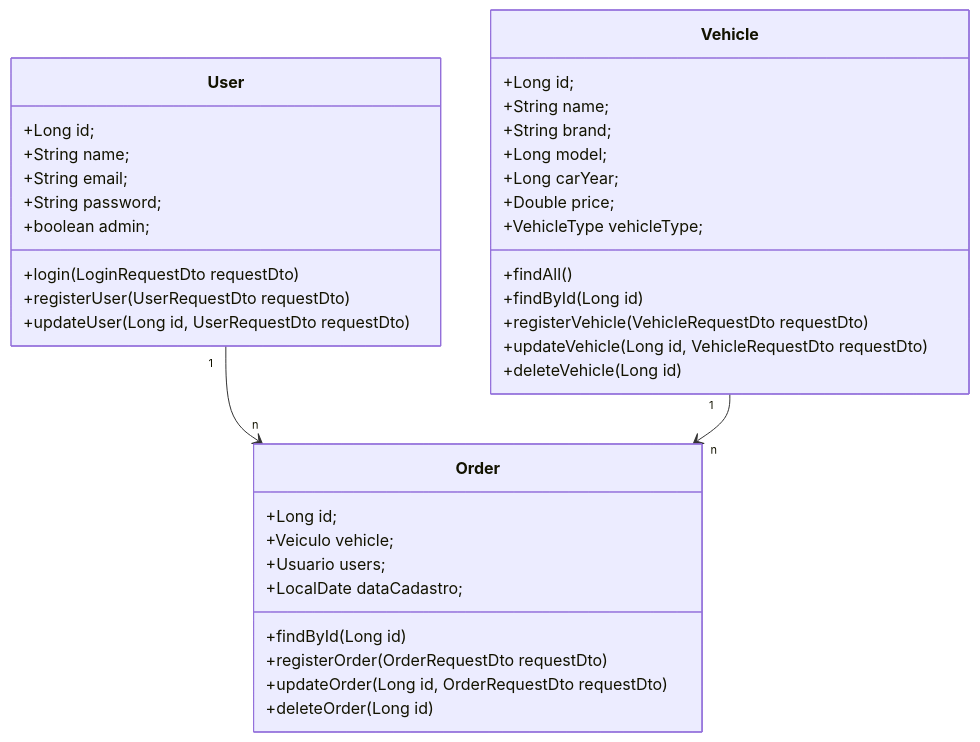
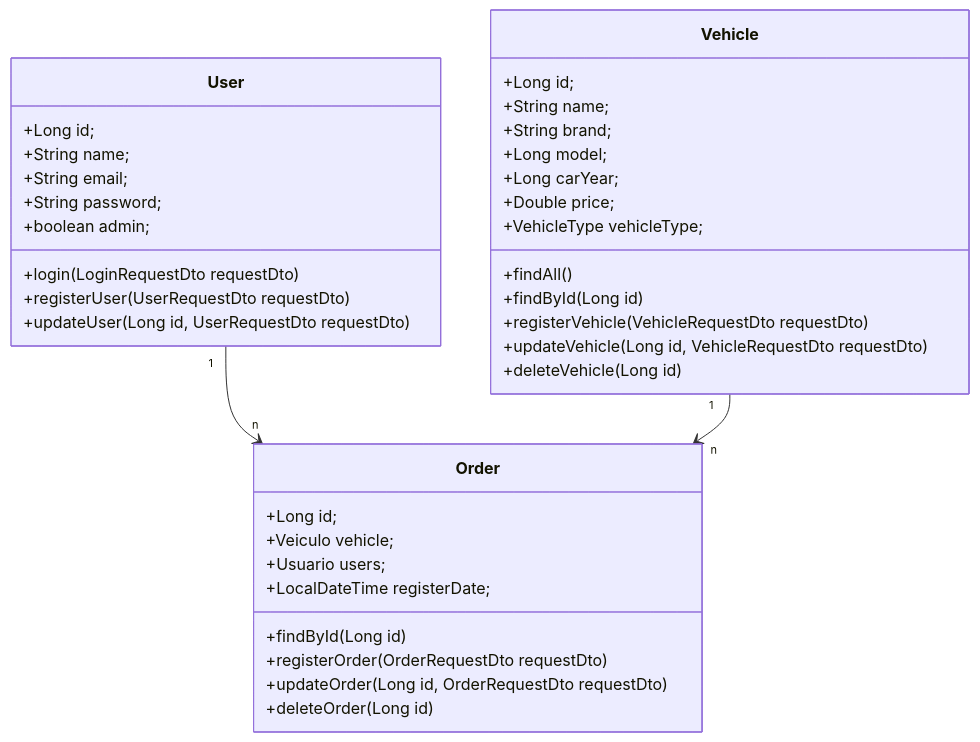
The diagram in README.md (DiegoCasemiroFS/concessionaria), drawn with Mermaid before and after one commit.

````diff
--- a/README.md
+++ b/README.md
@@ -47,45 +47,45 @@
 ```mermaid
 classDiagram
     class User{
         +Long id;
         +String name;
         +String email;
         +String password;
         +boolean admin;
         
         +login(LoginRequestDto requestDto)
         +registerUser(UserRequestDto requestDto)
         +updateUser(Long id, UserRequestDto requestDto)
     }
     
     class Vehicle{
         +Long id;
         +String name;
         +String brand;
         +Long model;
         +Long carYear;
         +Double price;
         +VehicleType vehicleType;
         
         +findAll()
         +findById(Long id)
         +registerVehicle(VehicleRequestDto requestDto)
         +updateVehicle(Long id, VehicleRequestDto requestDto)
         +deleteVehicle(Long id)
     }
     
     class Order{
         +Long id;
         +Veiculo vehicle;
         +Usuario users;
-        +LocalDate dataCadastro;
+        +LocalDateTime registerDate;
         
         +findById(Long id)
         +registerOrder(OrderRequestDto requestDto)
         +updateOrder(Long id, OrderRequestDto requestDto)
         +deleteOrder(Long id)
     }
     
     User "1" --> "n" Order
     Vehicle "1" --> "n" Order
 ```
````
